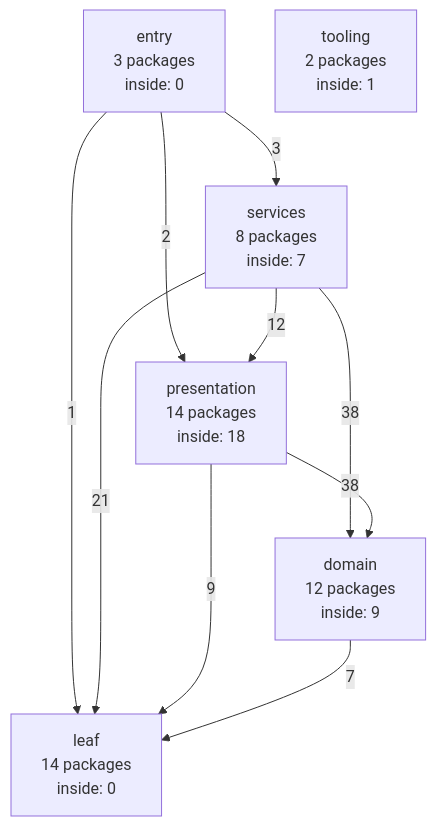
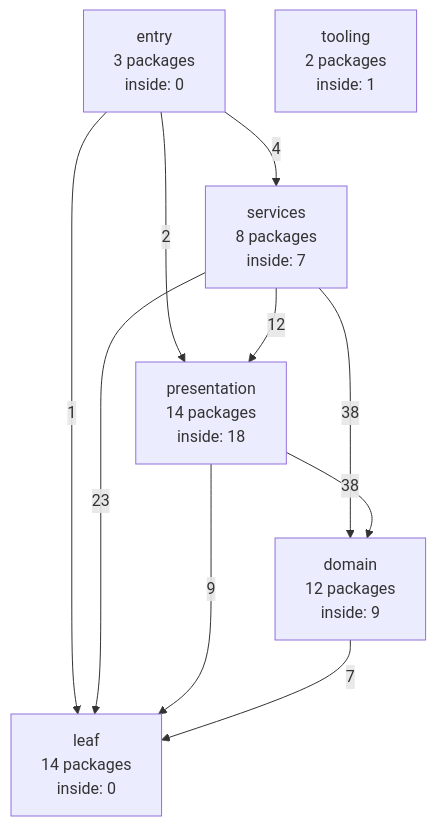
One commit to ladydascalie/dm changed the diagram in docs/internals/generated/package-graph.md. Above: the diagram before and after it, drawn with Mermaid. The commit also changed other lines of this file, not shown here.

Commit message:
dungeon: commit lane work for unit regenerate-graph

````diff
--- a/docs/internals/generated/package-graph.md
+++ b/docs/internals/generated/package-graph.md
@@ -58,18 +58,18 @@
 ```mermaid
 flowchart TD
   entry["entry<br/>3 packages<br/>inside: 0"]
   services["services<br/>8 packages<br/>inside: 7"]
   presentation["presentation<br/>14 packages<br/>inside: 18"]
   domain["domain<br/>12 packages<br/>inside: 9"]
   leaf["leaf<br/>14 packages<br/>inside: 0"]
   tooling["tooling<br/>2 packages<br/>inside: 1"]
-  entry -->|3| services
+  entry -->|4| services
   entry -->|2| presentation
   entry -->|1| leaf
   services -->|12| presentation
   services -->|38| domain
-  services -->|21| leaf
+  services -->|23| leaf
   presentation -->|38| domain
   presentation -->|9| leaf
   domain -->|7| leaf
 ```
````
